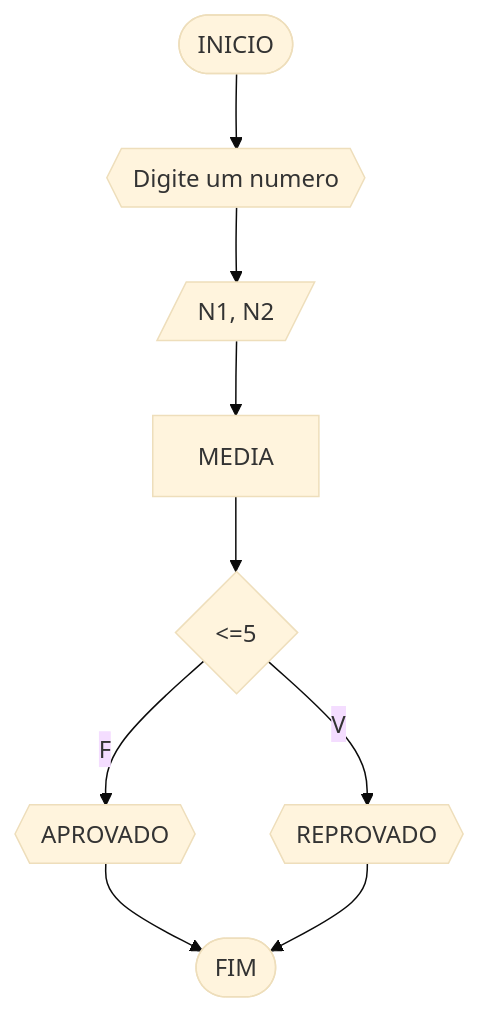
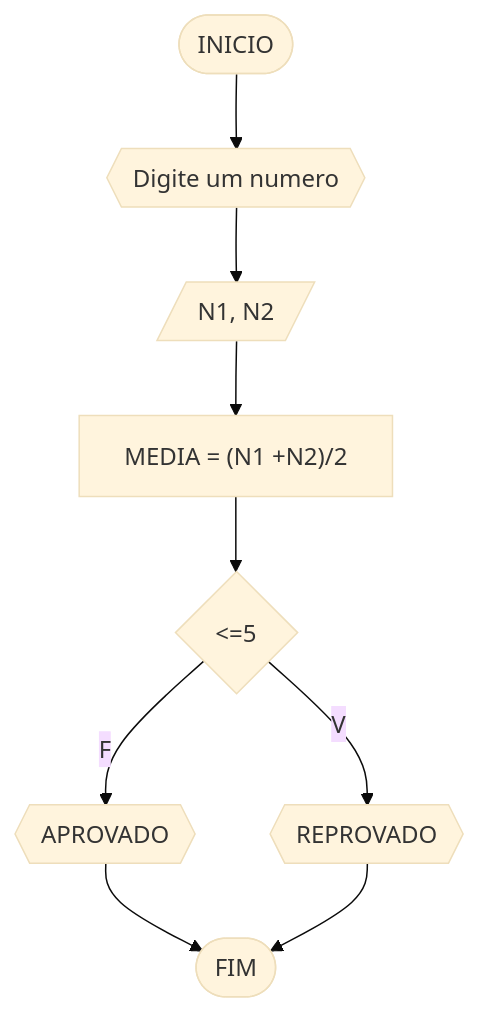
One commit to ArturDP/UNIFOR changed the diagram in lista1_exercicios.md. Above: the diagram before and after it, drawn with Mermaid (base theme).

````diff
--- a/lista1_exercicios.md
+++ b/lista1_exercicios.md
@@ -10,11 +10,11 @@
 ```mermaid
 flowchart TD
 A([INICIO]) --> B{{Digite um numero}}
 B --> C[/N1, N2/]
-C --> D[MEDIA]
+C --> D["MEDIA = (N1 +N2)/2"]
 D --> E{<=5}
 E --F--> F{{APROVADO}}
 E --V--> G{{REPROVADO}}
 F --> H([FIM])
 G --> H
 ```
````
